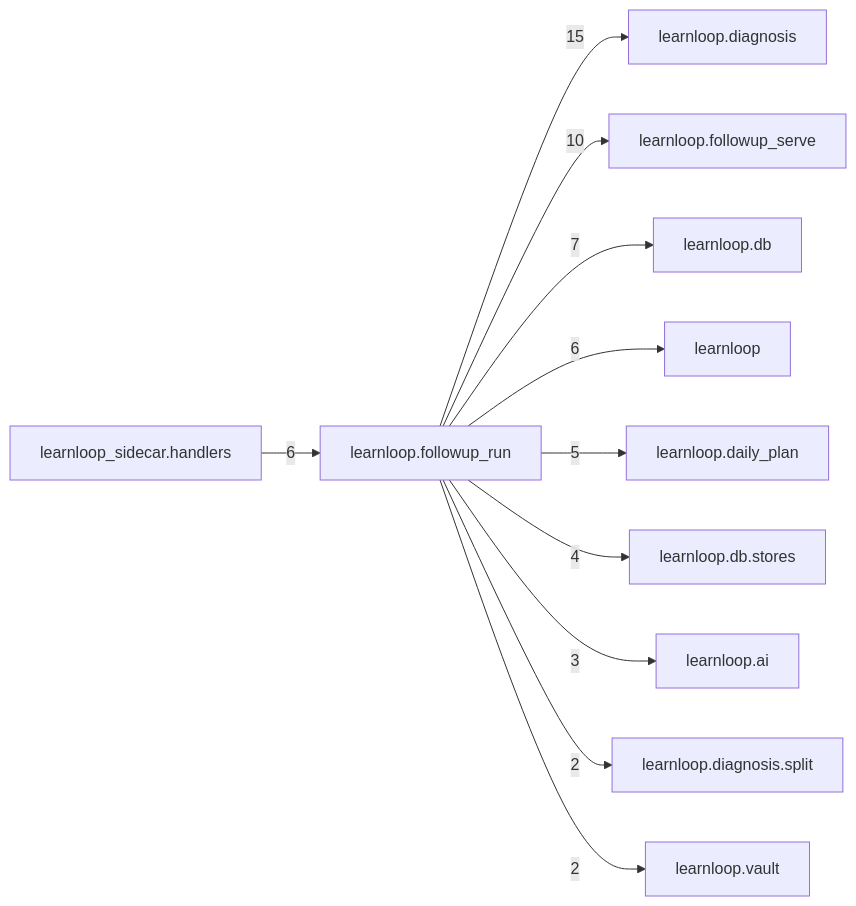
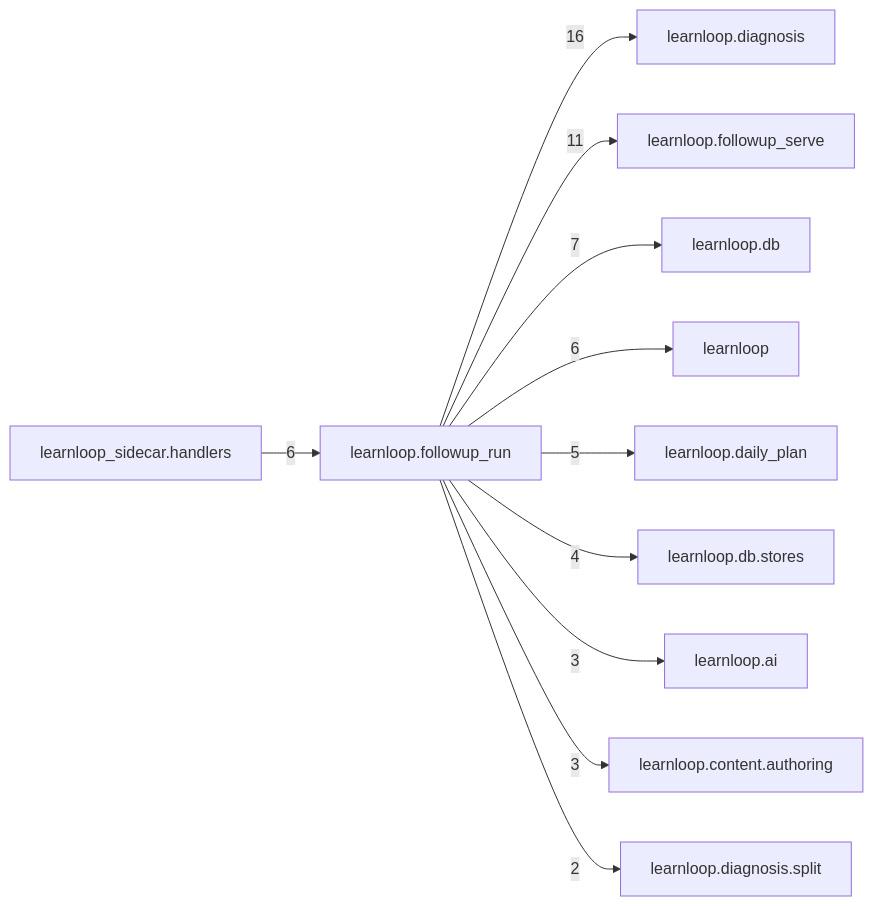
The diagram in docs/learnloop-architecture-vault/Reference/Modules/learnloop/followup_run/_package.md (6up-b/learnanything), drawn with Mermaid before and after one commit. The commit also changed other lines of this file and 516 other files, not shown here.

````diff
--- a/docs/learnloop-architecture-vault/Reference/Modules/learnloop/followup_run/_package.md
+++ b/docs/learnloop-architecture-vault/Reference/Modules/learnloop/followup_run/_package.md
@@ -92,24 +92,24 @@
 ```mermaid
 flowchart LR
     center["learnloop.followup_run"]
     n_learnloop_diagnosis["learnloop.diagnosis"]
     n_learnloop_followup_serve["learnloop.followup_serve"]
     n_learnloop_db["learnloop.db"]
     n_learnloop["learnloop"]
     n_learnloop_sidecar_handlers["learnloop_sidecar.handlers"]
     n_learnloop_daily_plan["learnloop.daily_plan"]
     n_learnloop_db_stores["learnloop.db.stores"]
     n_learnloop_ai["learnloop.ai"]
+    n_learnloop_content_authoring["learnloop.content.authoring"]
     n_learnloop_diagnosis_split["learnloop.diagnosis.split"]
-    n_learnloop_vault["learnloop.vault"]
-    center -->|15| n_learnloop_diagnosis
-    center -->|10| n_learnloop_followup_serve
+    center -->|16| n_learnloop_diagnosis
+    center -->|11| n_learnloop_followup_serve
     center -->|7| n_learnloop_db
     center -->|6| n_learnloop
     n_learnloop_sidecar_handlers -->|6| center
     center -->|5| n_learnloop_daily_plan
     center -->|4| n_learnloop_db_stores
     center -->|3| n_learnloop_ai
+    center -->|3| n_learnloop_content_authoring
     center -->|2| n_learnloop_diagnosis_split
-    center -->|2| n_learnloop_vault
 ```
````
